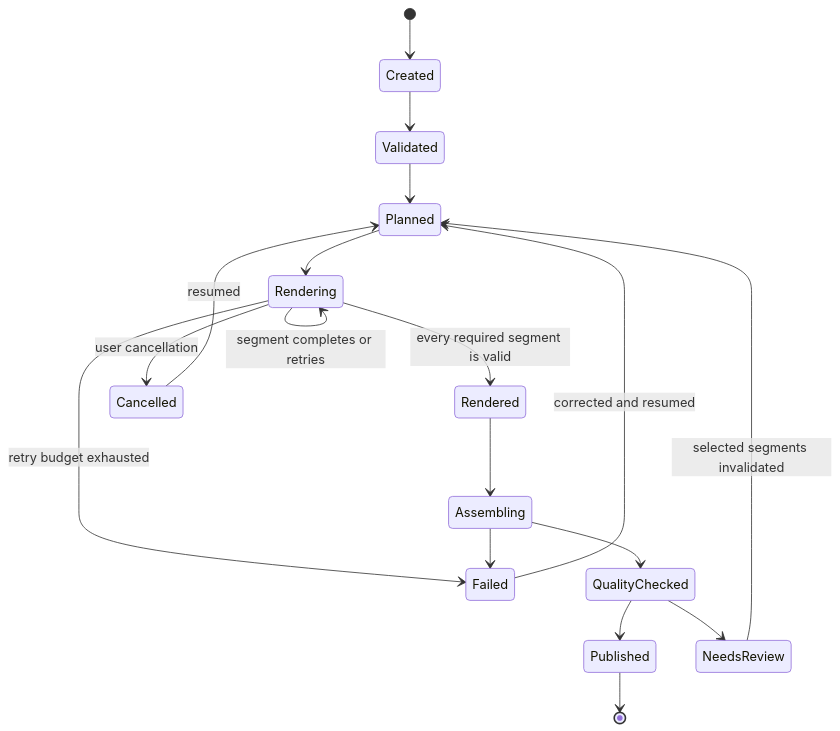
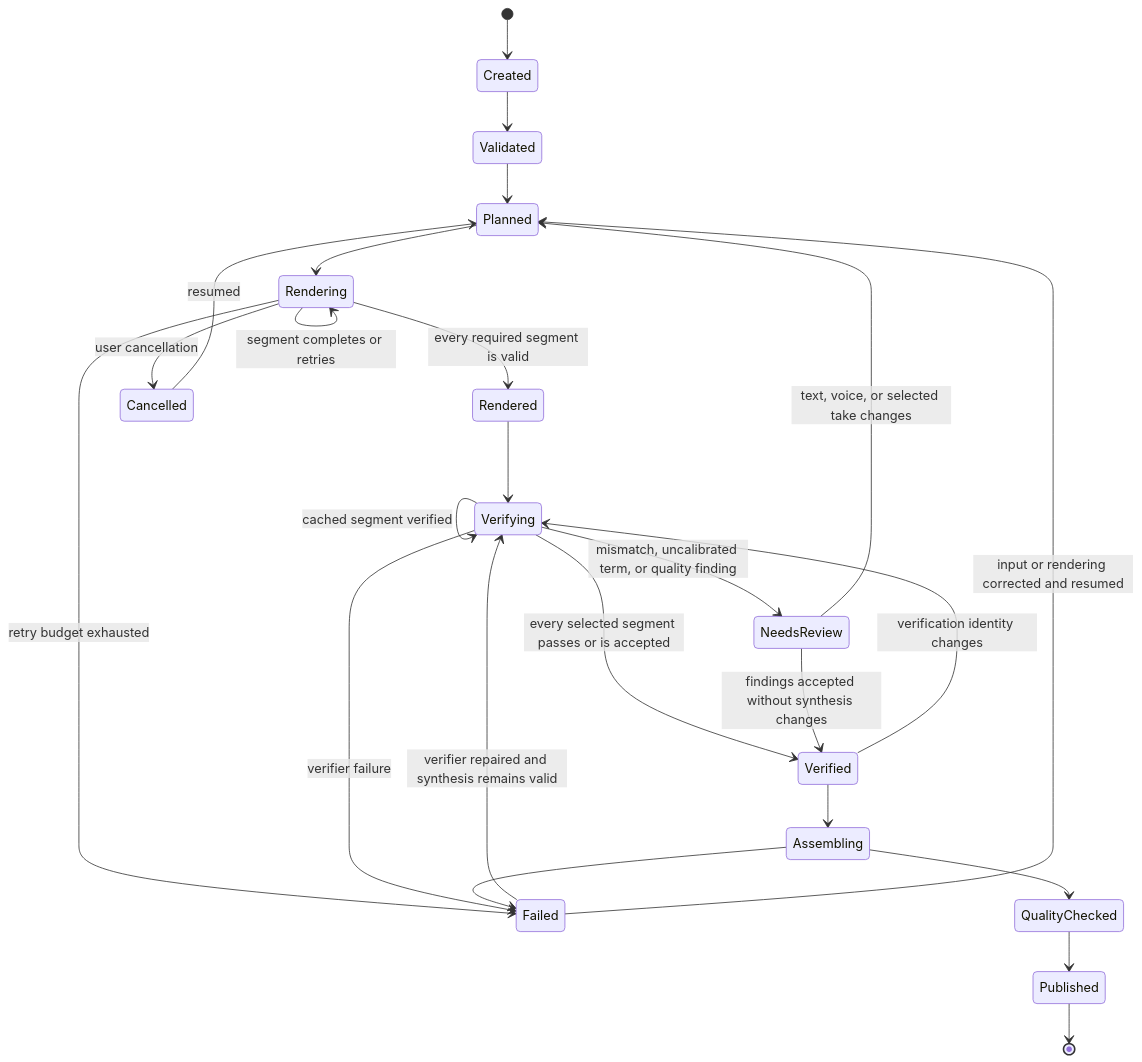
One commit to rsstdd/technical-tts changed the fourth of 5 diagrams in ADR-0001-production-rust-study-guide-tts.md. Above: the diagram before and after it, drawn with Mermaid. The commit also changed other lines of this file and 1 other file, not shown here.

````diff
--- a/ADR-0001-production-rust-study-guide-tts.md
+++ b/ADR-0001-production-rust-study-guide-tts.md
@@ -317,20 +374,27 @@
 ```mermaid
 stateDiagram-v2
     [*] --> Created
     Created --> Validated
     Validated --> Planned
     Planned --> Rendering
     Rendering --> Rendering: segment completes or retries
     Rendering --> Rendered: every required segment is valid
     Rendering --> Failed: retry budget exhausted
     Rendering --> Cancelled: user cancellation
-    Rendered --> Assembling
+    Rendered --> Verifying
+    Verifying --> Verifying: cached segment verified
+    Verifying --> Verified: every selected segment passes or is accepted
+    Verifying --> NeedsReview: mismatch, uncalibrated term, or quality finding
+    Verifying --> Failed: verifier failure
+    Verified --> Assembling
+    Verified --> Verifying: verification identity changes
     Assembling --> QualityChecked
     Assembling --> Failed
     QualityChecked --> Published
-    QualityChecked --> NeedsReview
-    NeedsReview --> Planned: selected segments invalidated
-    Failed --> Planned: corrected and resumed
+    NeedsReview --> Verified: findings accepted without synthesis changes
+    NeedsReview --> Planned: text, voice, or selected take changes
+    Failed --> Verifying: verifier repaired and synthesis remains valid
+    Failed --> Planned: input or rendering corrected and resumed
     Cancelled --> Planned: resumed
     Published --> [*]
 ```
````
